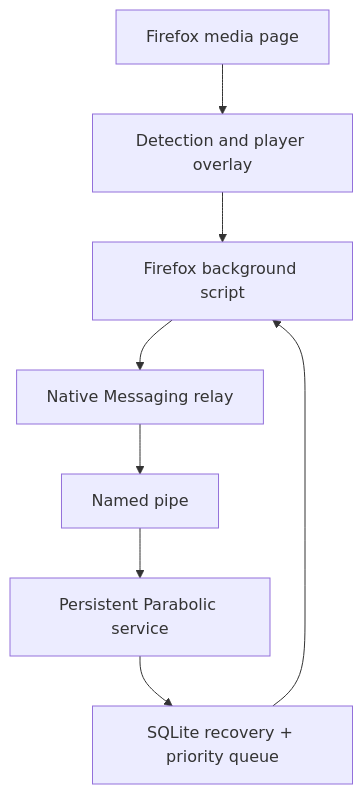
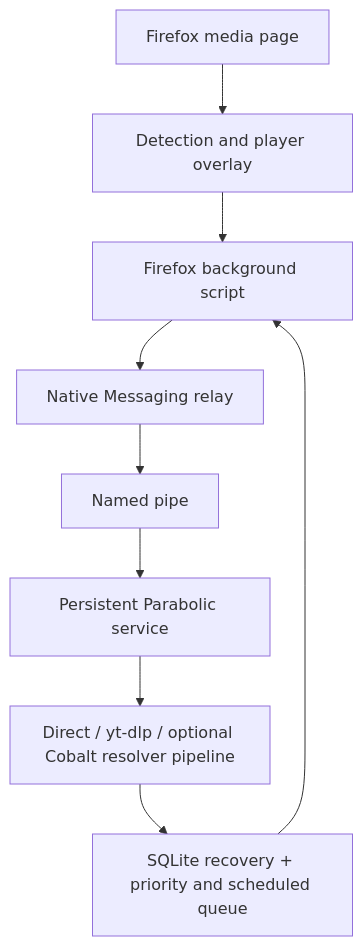
The diagram in extension/firefox/ARCHITECTURE.md (Othman-Benbrahim/Parabolic), drawn with Mermaid before and after one commit. The commit also changed other lines of this file and 36 other files, not shown here.

````diff
--- a/extension/firefox/ARCHITECTURE.md
+++ b/extension/firefox/ARCHITECTURE.md
@@ -18,10 +18,11 @@
 ```mermaid
 flowchart TD
     A["Firefox media page"] --> B["Detection and player overlay"]
     B --> C["Firefox background script"]
     C --> D["Native Messaging relay"]
     D --> E["Named pipe"]
     E --> F["Persistent Parabolic service"]
-    F --> G["SQLite recovery + priority queue"]
-    G --> C
+    F --> G["Direct / yt-dlp / optional Cobalt resolver pipeline"]
+    G --> H["SQLite recovery + priority and scheduled queue"]
+    H --> C
 ```
````
